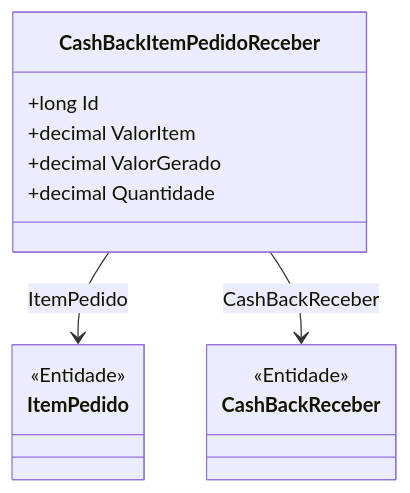
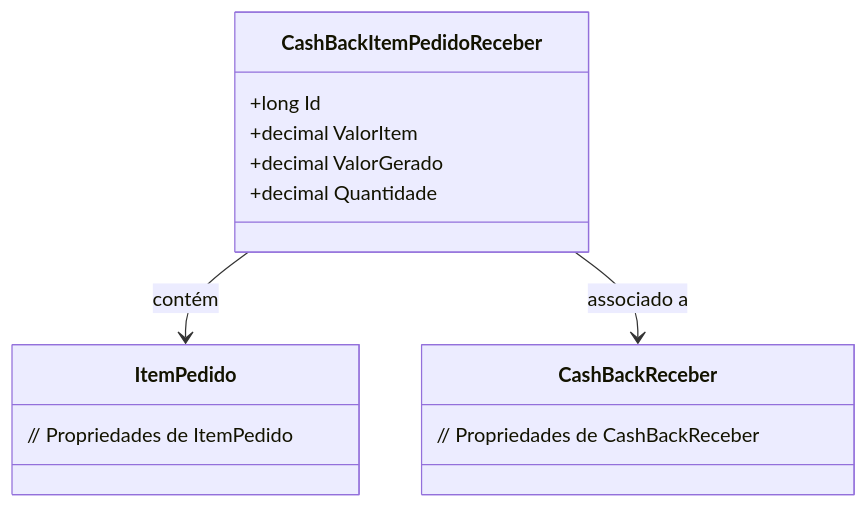
The diagram in docs/b2b-dominio/IsthmusWinthor.Nucleo/IsthmusWinthor.Dominio/Entidades/CashBackItemPedidoReceber.md (IsthmusSistemas/documentacao-tecnica), drawn with Mermaid before and after one commit. The commit also changed other lines of this file and 882 other files, not shown here.

````diff
--- a/docs/b2b-dominio/IsthmusWinthor.Nucleo/IsthmusWinthor.Dominio/Entidades/CashBackItemPedidoReceber.md
+++ b/docs/b2b-dominio/IsthmusWinthor.Nucleo/IsthmusWinthor.Dominio/Entidades/CashBackItemPedidoReceber.md
@@ -22,20 +22,20 @@
 ```mermaid
 classDiagram
     class CashBackItemPedidoReceber {
         +long Id
         +decimal ValorItem
         +decimal ValorGerado
         +decimal Quantidade
     }
-    
+
     class ItemPedido {
-        <<Entidade>>
+        // Propriedades de ItemPedido
     }
 
     class CashBackReceber {
-        <<Entidade>>
+        // Propriedades de CashBackReceber
     }
 
-    CashBackItemPedidoReceber --> ItemPedido : ItemPedido
-    CashBackItemPedidoReceber --> CashBackReceber : CashBackReceber
+    CashBackItemPedidoReceber --> ItemPedido : contém
+    CashBackItemPedidoReceber --> CashBackReceber : associado a
 ```
````
